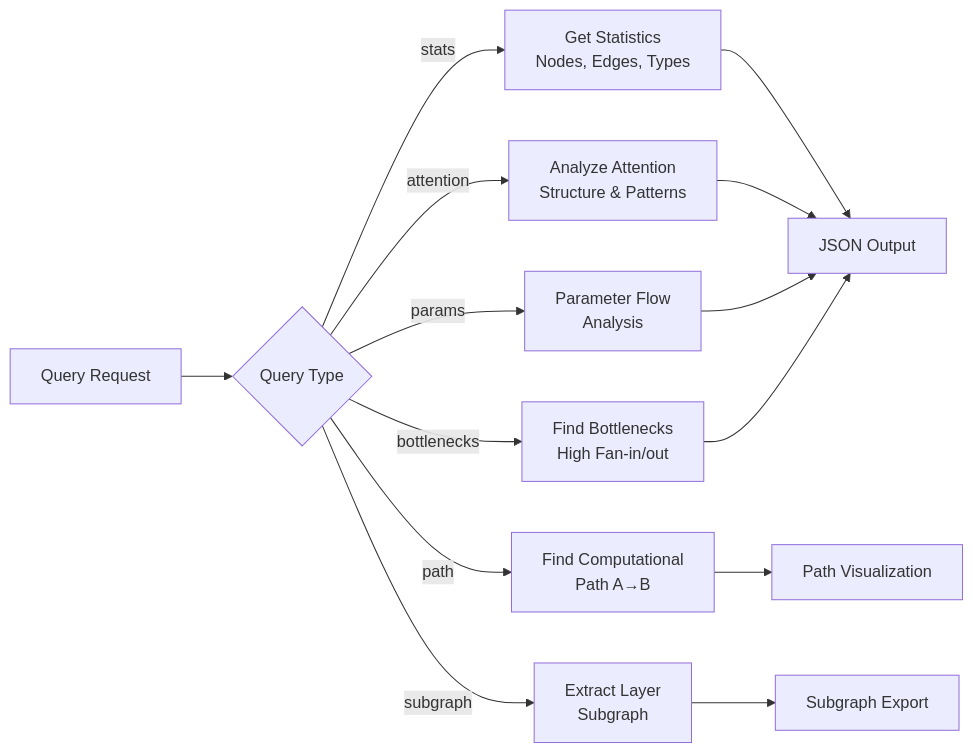
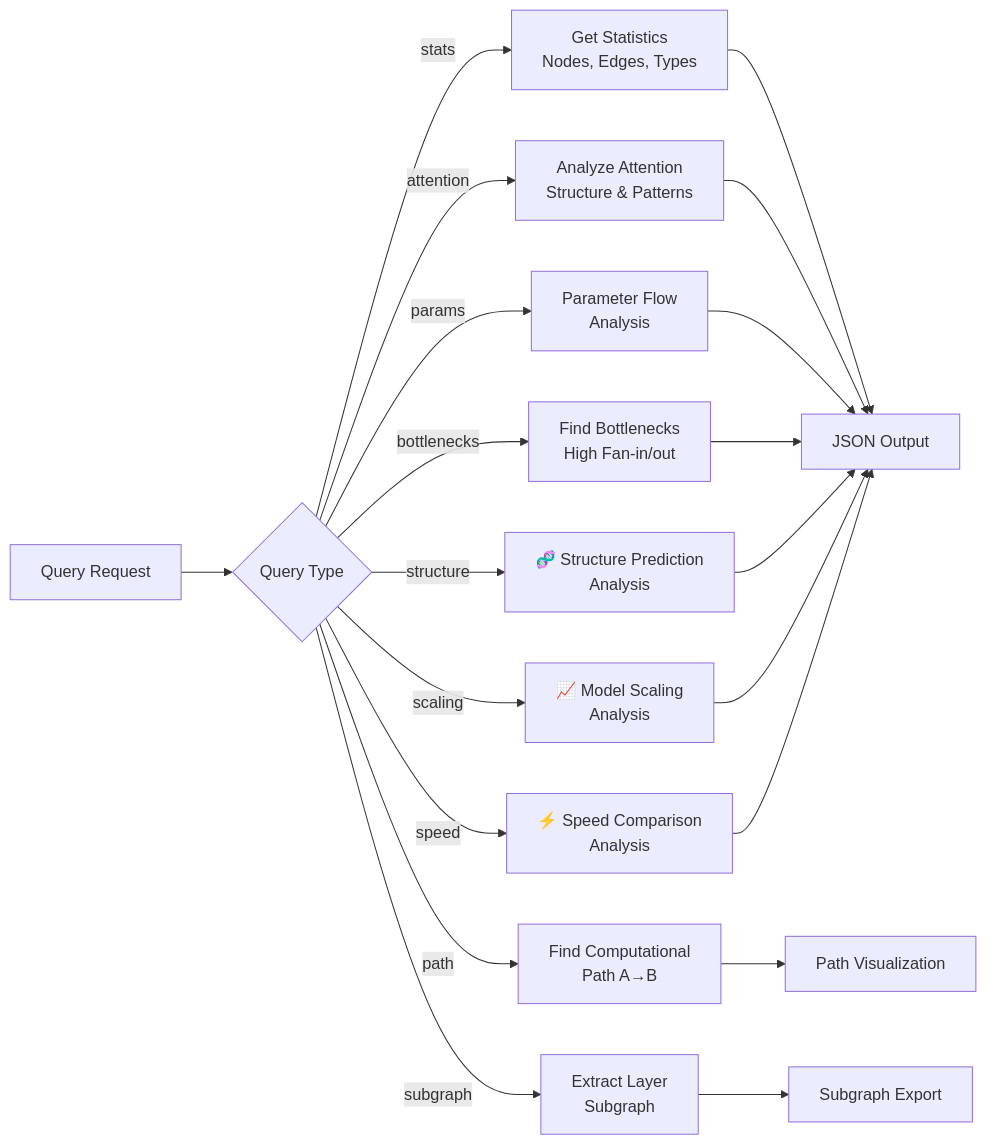
Before and after one commit to ReZonArc/esm-2-keras-esm2_t6_8m-v1-hyper-dev1: the fourth of 5 diagrams in README.md, drawn with Mermaid. The commit also changed other lines of this file and 12 other files, not shown here.

Commit message:
Implement comprehensive ESM-2 structure prediction analysis capabilities

````diff
--- a/README.md
+++ b/README.md
@@ -170,18 +270,24 @@
 ```mermaid
 flowchart LR
     A[Query Request] --> B{Query Type}
     
     B -->|stats| C[Get Statistics<br/>Nodes, Edges, Types]
     B -->|attention| D[Analyze Attention<br/>Structure & Patterns] 
     B -->|params| E[Parameter Flow<br/>Analysis]
     B -->|bottlenecks| F[Find Bottlenecks<br/>High Fan-in/out]
     B -->|path| G[Find Computational<br/>Path A→B]
     B -->|subgraph| H[Extract Layer<br/>Subgraph]
+    B -->|structure| I[🧬 Structure Prediction<br/>Analysis]
+    B -->|scaling| J[📈 Model Scaling<br/>Analysis]
+    B -->|speed| K[⚡ Speed Comparison<br/>Analysis]
     
-    C --> I[JSON Output]
-    D --> I
-    E --> I
-    F --> I
-    G --> J[Path Visualization]
-    H --> K[Subgraph Export]
+    C --> L[JSON Output]
+    D --> L
+    E --> L
+    F --> L
+    I --> L
+    J --> L
+    K --> L
+    G --> M[Path Visualization]
+    H --> N[Subgraph Export]
 ```
````
